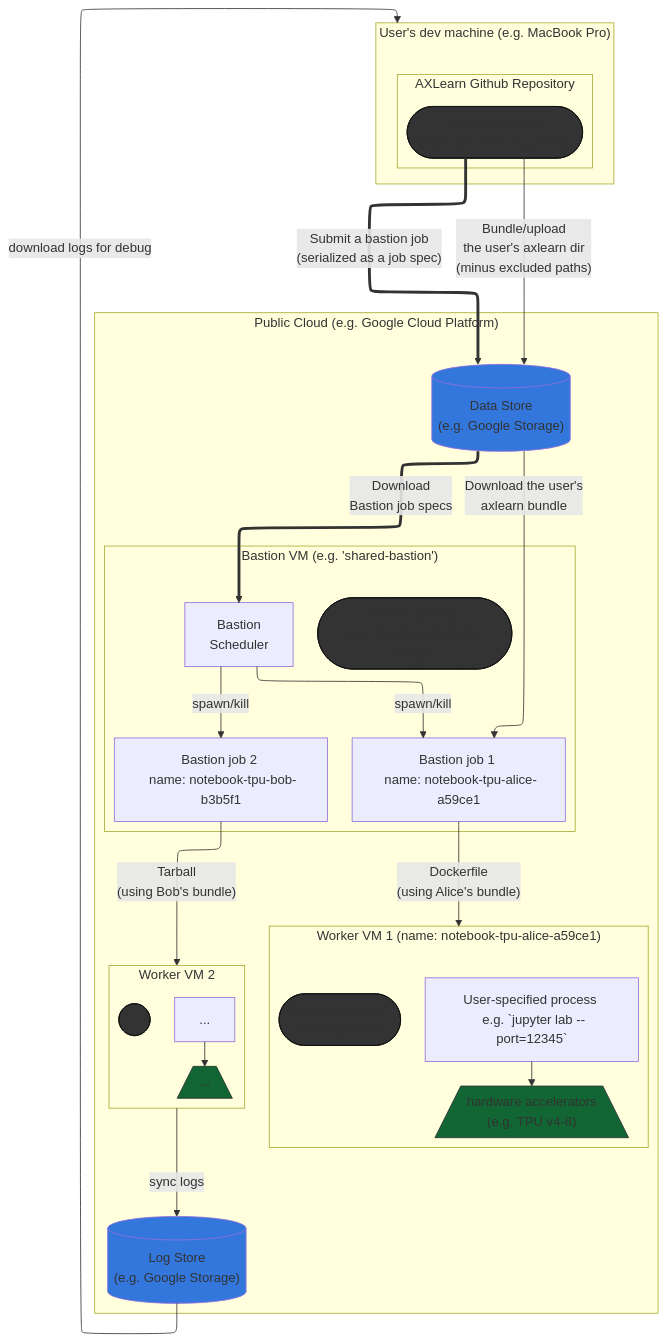
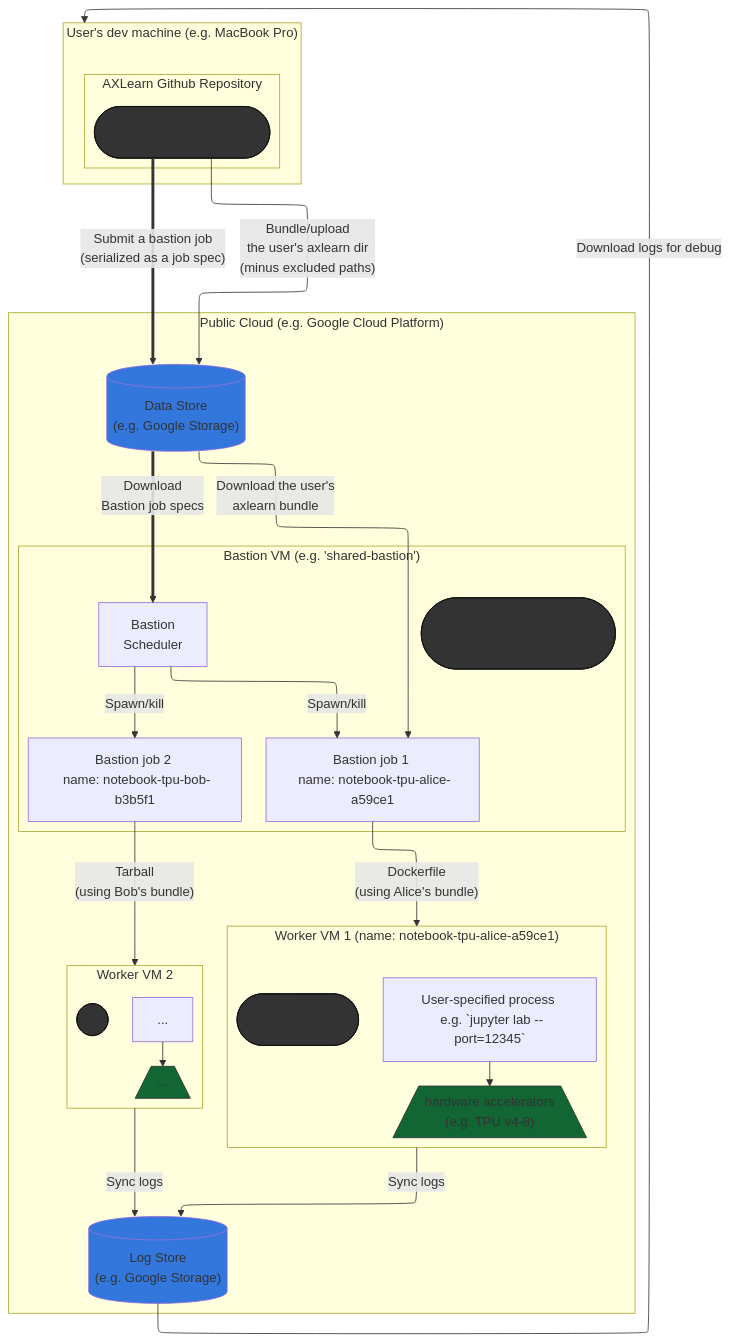
The diagram in docs/bastion.md (apple/axlearn), drawn with Mermaid before and after one commit.

Commit message:
fix minor nits

````diff
--- a/docs/bastion.md
+++ b/docs/bastion.md
@@ -4,69 +4,69 @@
 ```mermaid
 %% elk seems to be more maintained, see: https://github.com/mermaid-js/mermaid/issues/1969
 %% N.B. elk doesn't stop rendering invisible edge operator, i.e. ~~~
 %%{init: {"flowchart": {"defaultRenderer": "elk"}} }%%
 
 flowchart TB
 
     subgraph UserMachine ["User's dev machine (e.g. MacBook Pro)"]
         subgraph AXLearnGithubRepository["AXLearn Github Repository"]
             localAXLearnPackage(["axlearn package \n (built by a user, e.g. Alice)"]):::fileCSS
         end
     end
 
     localAXLearnPackage --"
         Bundle/upload
         the user's axlearn dir
         (minus excluded paths)"--> bastionPrimaryStore
 
     localAXLearnPackage =="
         Submit a bastion job
         (serialized as a job spec)"==> bastionPrimaryStore
 
     subgraph PublicCloud ["Public Cloud (e.g. Google Cloud Platform)"]
 
         subgraph BastionVM_shared ["Bastion VM (e.g. 'shared-bastion')"]
             bastionScheduler_1["Bastion \n Scheduler"]
-            bastionVmAXLearnPackage(["axlearn package \n (running shared docker image)"]):::fileCSS
+            bastionVmAXLearnPackage(["axlearn package \n (running on shared docker image)"]):::fileCSS
             bastionJob_1["Bastion job 1 \n name: notebook-tpu-alice-a59ce1"]
             bastionJob_2["Bastion job 2 \n name: notebook-tpu-bob-b3b5f1"]
 
-            bastionScheduler_1 --"spawn/kill"--> bastionJob_1 & bastionJob_2
+            bastionScheduler_1 --"Spawn/kill"--> bastionJob_1 & bastionJob_2
         end
 
         bastionPrimaryStore[("Data Store \n (e.g. Google Storage)")]:::storeCSS
         bastionPrimaryStore =="Download \n Bastion job specs"==>  bastionScheduler_1
 
         bastionPrimaryStore --"Download the user's \n axlearn bundle"--> bastionJob_1
         bastionJob_1 --"Dockerfile \n (using Alice's bundle)"--> WorkerVM_1
         bastionJob_2 --"Tarball \n (using Bob's bundle)"--> WorkerVM_2
 
         subgraph WorkerVM_1 ["Worker VM 1 (name: notebook-tpu-alice-a59ce1)"]
             workerProcess_1["User-specified process \n e.g. `jupyter lab --port=12345`"]
             accelerator_1[/"hardware accelerators \n (e.g. TPU v4-8)"\]:::chipCSS
             bastionWorkerAXLearnPackage_1(["axlearn package \n (built by Alice)"]):::fileCSS
 
             workerProcess_1 --> accelerator_1
         end
 
         subgraph WorkerVM_2 ["Worker VM 2"]
             workerProcess_2["..."]
             accelerator_2[/"..."\]:::chipCSS
             bastionWorkerAXLearnPackage_2(["..."]):::fileCSS
 
             workerProcess_2 --> accelerator_2
         end
 
         bastionLogStore[("Log Store \n (e.g. Google Storage)")]:::storeCSS
-        WorkerVM_2 --"sync logs"--> bastionLogStore
+        WorkerVM_1 & WorkerVM_2 --"Sync logs"--> bastionLogStore
 
     end
 
-    bastionLogStore--"download logs for debug"-->UserMachine
+    bastionLogStore--"Download logs for debug"-->UserMachine
 
     %% Public Github doesn't apply CSS, but keeping these enables other environments
     %% (e.g. editor previews such as in VS Code) to use more colors
     classDef chipCSS stroke:#333,fill:#163
     classDef fileCSS stroke:#111,fill:#333
     classDef storeCSS fill:#37d
 ```
````
